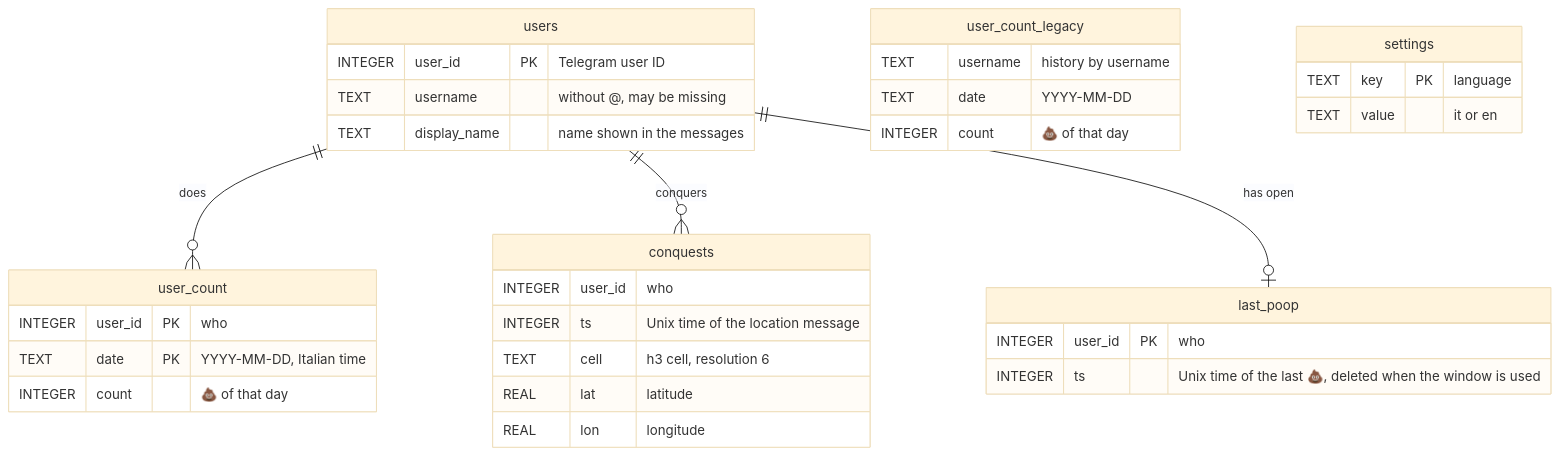
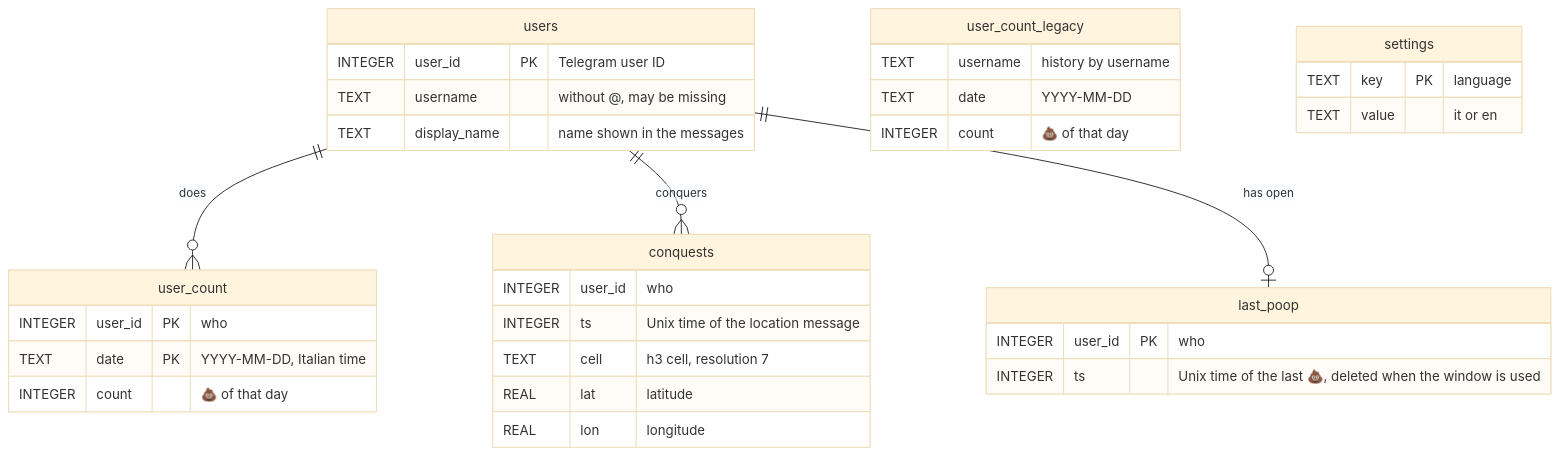
Before and after one commit to francescoperrino/Caccometro: the second of 2 diagrams in docs/architecture.md, drawn with Mermaid (base theme). The commit also changed other lines of this file and 15 other files, not shown here.

````diff
--- a/docs/architecture.md
+++ b/docs/architecture.md
@@ -83,36 +83,36 @@
 ```mermaid
 erDiagram
     users ||--o{ user_count : "does"
     users ||--o{ conquests : "conquers"
     users ||--o| last_poop : "has open"
     users {
         INTEGER user_id PK "Telegram user ID"
         TEXT username "without @, may be missing"
         TEXT display_name "name shown in the messages"
     }
     user_count {
         INTEGER user_id PK "who"
         TEXT date PK "YYYY-MM-DD, Italian time"
         INTEGER count "💩 of that day"
     }
     user_count_legacy {
         TEXT username "history by username"
         TEXT date "YYYY-MM-DD"
         INTEGER count "💩 of that day"
     }
     conquests {
         INTEGER user_id "who"
         INTEGER ts "Unix time of the location message"
-        TEXT cell "h3 cell, resolution 6"
+        TEXT cell "h3 cell, resolution 7"
         REAL lat "latitude"
         REAL lon "longitude"
     }
     last_poop {
         INTEGER user_id PK "who"
         INTEGER ts "Unix time of the last 💩, deleted when the window is used"
     }
     settings {
         TEXT key PK "language"
         TEXT value "it or en"
     }
 ```
````
